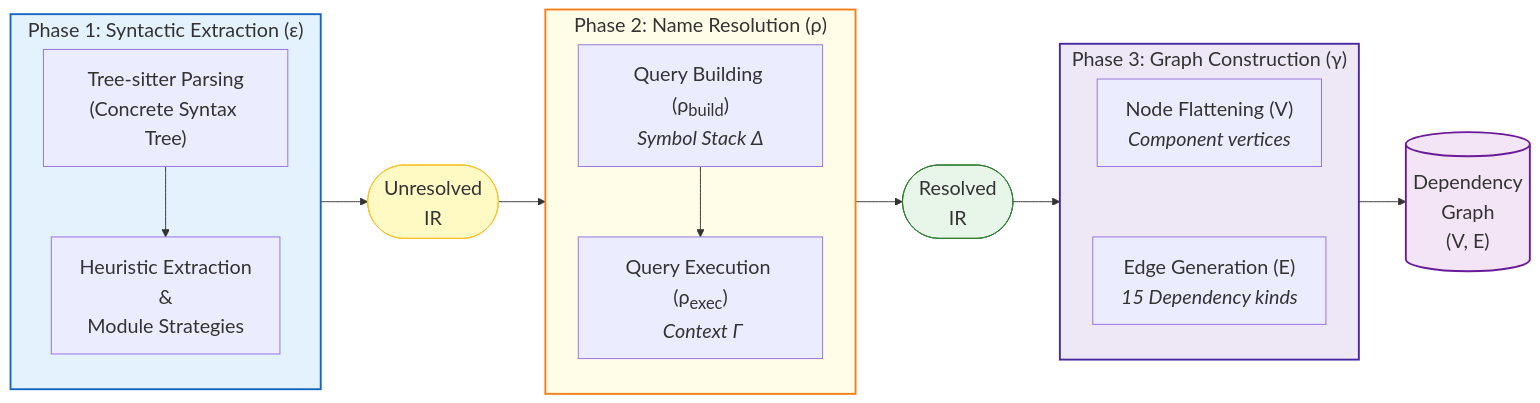
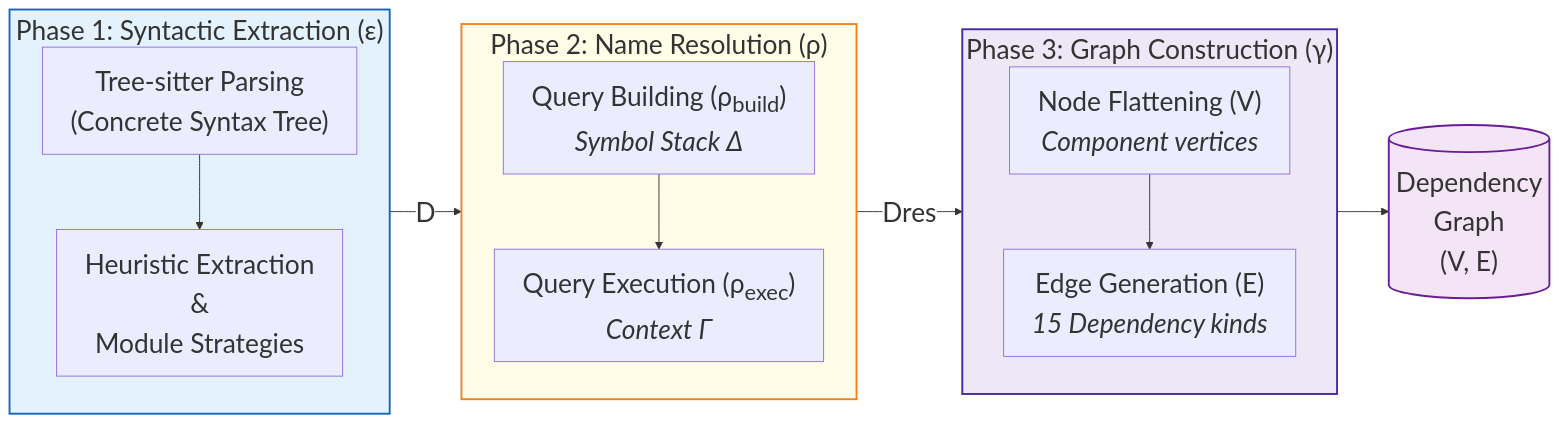
One commit to FerrarioChristian/master-thesis changed the diagram in images/analysis_process/pipeline_detailed.mmd. Above: the diagram before and after it, drawn with Mermaid. The commit also changed 9 other files, not shown here.

Commit message:
aggiornati e semplificati diagrammi architettura del framework

```diff
--- a/images/analysis_process/pipeline_detailed.mmd
+++ b/images/analysis_process/pipeline_detailed.mmd
@@ -1,51 +1,46 @@
 %%{init: {
     'flowchart': {
-    'rankSpacing': 50
+    'rankSpacing': 55,
+    'wrappingWidth': 300
   },
-  'themeVariables': {'fontSize': '21px'}
+  'themeVariables': {'fontSize': '28px', 'edgeLabelBackground':'#FFFFFF'}
 }}%%
 flowchart LR
     %% Domains / Artifacts
-    D(["Unresolved<br/>IR"])
-    D_res(["Resolved<br/>IR"])
     G[("Dependency <br/>Graph <br/>(V, E)")]
 
     %% Phase 1
     subgraph P1["Phase 1: Syntactic Extraction (&epsilon;)"]
         direction TB
         TS["Tree-sitter Parsing<br/>(Concrete Syntax Tree)"]
         HE["Heuristic Extraction<br/>& <br/>Module Strategies"]
         TS --> HE
     end
 
     %% Phase 2
     subgraph P2["Phase 2: Name Resolution (&rho;)"]
         direction TB
         QB["Query Building (&rho;<sub>build</sub>)<br/><i>Symbol Stack &Delta;</i>"]
         QE["Query Execution (&rho;<sub>exec</sub>)<br/><i> Context &Gamma;</i>"]
         QB --> QE
     end
 
     %% Phase 3
     subgraph P3["Phase 3: Graph Construction (&gamma;)"]
         direction TB
         NF["Node Flattening (V)<br/><i>Component vertices</i>"]
         EG["Edge Generation (E)<br/><i>15 Dependency kinds</i>"]
-        NF ~~~ EG
+        NF --> EG
     end
 
     %% Data Flow
-    P1 --> D
-    D --> P2
-    P2 --> D_res
-    D_res --> P3
+    P1 --> |D| P2
+    P2 --> |Dres| P3
     P3 --> G
 
     %% Styling
-    style D fill:#fff9c4,stroke:#fbc02d,stroke-width:1px
-    style D_res fill:#e8f5e9,stroke:#2e7d32,stroke-width:1px
     style G fill:#f3e5f5,stroke:#6a1b9a,stroke-width:2px
 
     style P1 fill:#e3f2fd,stroke:#1565c0,stroke-width:2px
     style P2 fill:#fffde7,stroke:#f57f17,stroke-width:2px
     style P3 fill:#ede7f6,stroke:#4527a0,stroke-width:2px
```
